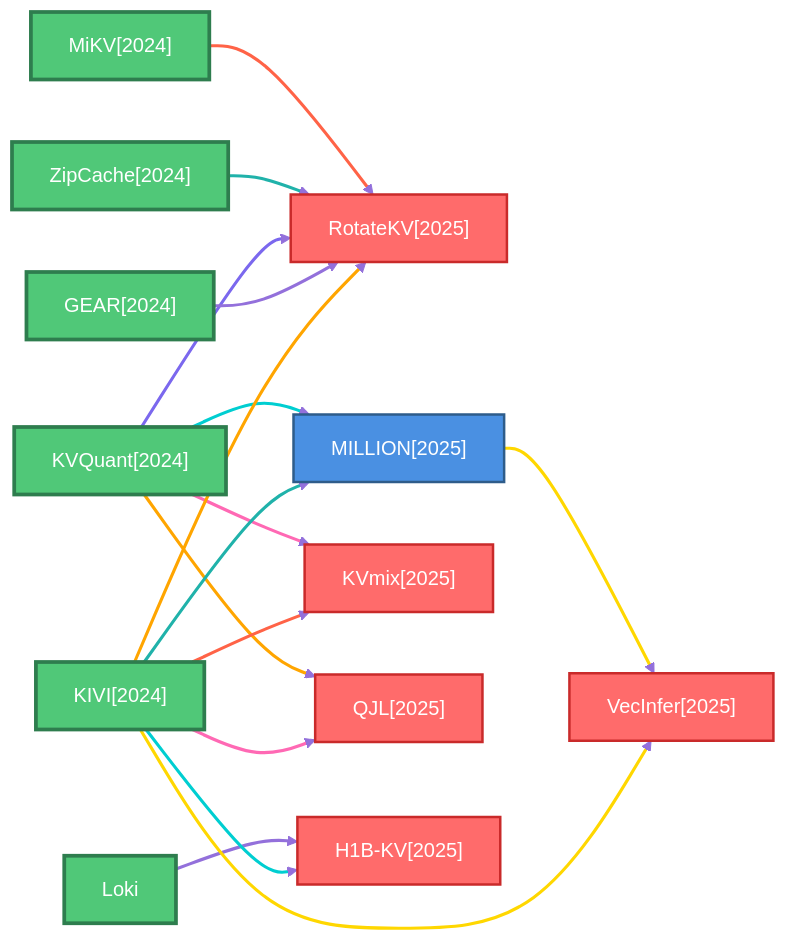
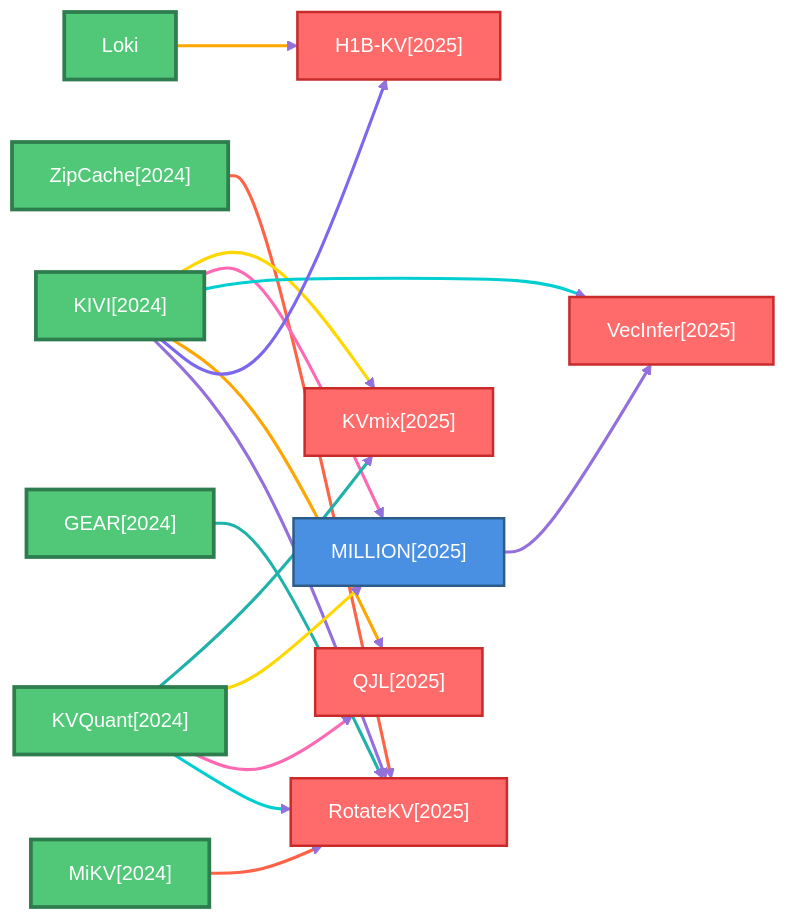
Before and after one commit to hustzxd/EfficientPaper: the fifth of 6 diagrams in docs/baseline_methods_graph.md, drawn with Mermaid (forest theme). The commit also changed other lines of this file and 11 other files, not shown here.

````diff
--- a/docs/baseline_methods_graph.md
+++ b/docs/baseline_methods_graph.md
@@ -239,63 +243,63 @@
 ```mermaid
 flowchart LR
     classDef defaultNode fill:#4A90E2,stroke:#2E5C8A,stroke-width:2px,color:#fff
     classDef rootNode fill:#50C878,stroke:#2E7D4E,stroke-width:3px,color:#fff
     classDef leafNode fill:#FF6B6B,stroke:#C92A2A,stroke-width:2px,color:#fff
     linkStyle default stroke:#9370DB,stroke-width:2px
 
+    2025_H1B_KV["H1B-KV[2025]"]
+    class 2025_H1B_KV leafNode
+    2025_MILLION["MILLION[2025]"]
+    class 2025_MILLION defaultNode
+    2024_ZipCache["ZipCache[2024]"]
+    class 2024_ZipCache rootNode
+    2024_GEAR["GEAR[2024]"]
+    class 2024_GEAR rootNode
+    2024_KIVI["KIVI[2024]"]
+    class 2024_KIVI rootNode
+    2025_VecInfer["VecInfer[2025]"]
+    class 2025_VecInfer leafNode
+    2025_KVmix["KVmix[2025]"]
+    class 2025_KVmix leafNode
+    2025_RotateKV["RotateKV[2025]"]
+    class 2025_RotateKV leafNode
+    2024_MiKV["MiKV[2024]"]
+    class 2024_MiKV rootNode
+    2024_KVQuant["KVQuant[2024]"]
+    class 2024_KVQuant rootNode
     Loki["Loki"]
     class Loki rootNode
-    2024_MiKV["MiKV[2024]"]
-    class 2024_MiKV rootNode
-    2025_RotateKV["RotateKV[2025]"]
-    class 2025_RotateKV leafNode
-    2025_VecInfer["VecInfer[2025]"]
-    class 2025_VecInfer leafNode
-    2024_ZipCache["ZipCache[2024]"]
-    class 2024_ZipCache rootNode
-    2025_MILLION["MILLION[2025]"]
-    class 2025_MILLION defaultNode
-    2024_KVQuant["KVQuant[2024]"]
-    class 2024_KVQuant rootNode
-    2025_KVmix["KVmix[2025]"]
-    class 2025_KVmix leafNode
-    2024_GEAR["GEAR[2024]"]
-    class 2024_GEAR rootNode
     2025_QJL["QJL[2025]"]
     class 2025_QJL leafNode
-    2025_H1B_KV["H1B-KV[2025]"]
-    class 2025_H1B_KV leafNode
-    2024_KIVI["KIVI[2024]"]
-    class 2024_KIVI rootNode
 
+    2025_MILLION ==>|" "| 2025_VecInfer
+    linkStyle 0 stroke:#9370DB,stroke-width:2.5px
+    2024_ZipCache ==>|" "| 2025_RotateKV
+    linkStyle 1 stroke:#FF6347,stroke-width:2.5px
+    2024_GEAR ==>|" "| 2025_RotateKV
+    linkStyle 2 stroke:#20B2AA,stroke-width:2.5px
+    2024_KIVI ==>|" "| 2025_KVmix
+    linkStyle 3 stroke:#FFD700,stroke-width:2.5px
+    2024_KIVI ==>|" "| 2025_MILLION
+    linkStyle 4 stroke:#FF69B4,stroke-width:2.5px
+    2024_KIVI ==>|" "| 2025_VecInfer
+    linkStyle 5 stroke:#00CED1,stroke-width:2.5px
+    2024_KIVI ==>|" "| 2025_QJL
+    linkStyle 6 stroke:#FFA500,stroke-width:2.5px
+    2024_KIVI ==>|" "| 2025_H1B_KV
+    linkStyle 7 stroke:#7B68EE,stroke-width:2.5px
+    2024_KIVI ==>|" "| 2025_RotateKV
+    linkStyle 8 stroke:#9370DB,stroke-width:2.5px
+    2024_MiKV ==>|" "| 2025_RotateKV
+    linkStyle 9 stroke:#FF6347,stroke-width:2.5px
+    2024_KVQuant ==>|" "| 2025_KVmix
+    linkStyle 10 stroke:#20B2AA,stroke-width:2.5px
+    2024_KVQuant ==>|" "| 2025_MILLION
+    linkStyle 11 stroke:#FFD700,stroke-width:2.5px
+    2024_KVQuant ==>|" "| 2025_QJL
+    linkStyle 12 stroke:#FF69B4,stroke-width:2.5px
+    2024_KVQuant ==>|" "| 2025_RotateKV
+    linkStyle 13 stroke:#00CED1,stroke-width:2.5px
     Loki ==>|" "| 2025_H1B_KV
-    linkStyle 0 stroke:#9370DB,stroke-width:2.5px
-    2024_MiKV ==>|" "| 2025_RotateKV
-    linkStyle 1 stroke:#FF6347,stroke-width:2.5px
-    2024_ZipCache ==>|" "| 2025_RotateKV
-    linkStyle 2 stroke:#20B2AA,stroke-width:2.5px
-    2025_MILLION ==>|" "| 2025_VecInfer
-    linkStyle 3 stroke:#FFD700,stroke-width:2.5px
-    2024_KVQuant ==>|" "| 2025_KVmix
-    linkStyle 4 stroke:#FF69B4,stroke-width:2.5px
-    2024_KVQuant ==>|" "| 2025_MILLION
-    linkStyle 5 stroke:#00CED1,stroke-width:2.5px
-    2024_KVQuant ==>|" "| 2025_QJL
-    linkStyle 6 stroke:#FFA500,stroke-width:2.5px
-    2024_KVQuant ==>|" "| 2025_RotateKV
-    linkStyle 7 stroke:#7B68EE,stroke-width:2.5px
-    2024_GEAR ==>|" "| 2025_RotateKV
-    linkStyle 8 stroke:#9370DB,stroke-width:2.5px
-    2024_KIVI ==>|" "| 2025_KVmix
-    linkStyle 9 stroke:#FF6347,stroke-width:2.5px
-    2024_KIVI ==>|" "| 2025_MILLION
-    linkStyle 10 stroke:#20B2AA,stroke-width:2.5px
-    2024_KIVI ==>|" "| 2025_VecInfer
-    linkStyle 11 stroke:#FFD700,stroke-width:2.5px
-    2024_KIVI ==>|" "| 2025_QJL
-    linkStyle 12 stroke:#FF69B4,stroke-width:2.5px
-    2024_KIVI ==>|" "| 2025_H1B_KV
-    linkStyle 13 stroke:#00CED1,stroke-width:2.5px
-    2024_KIVI ==>|" "| 2025_RotateKV
     linkStyle 14 stroke:#FFA500,stroke-width:2.5px
 ```
````
